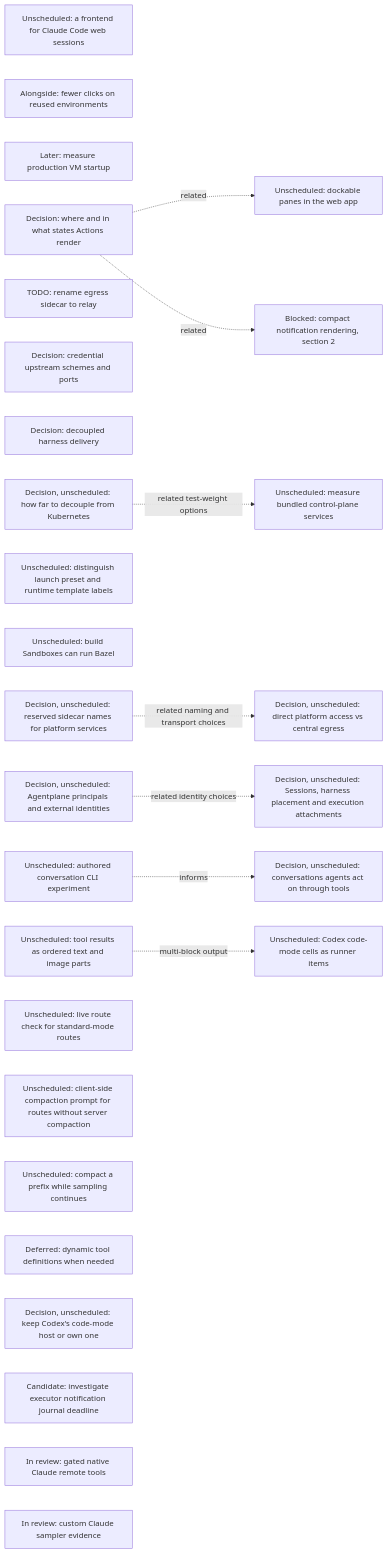
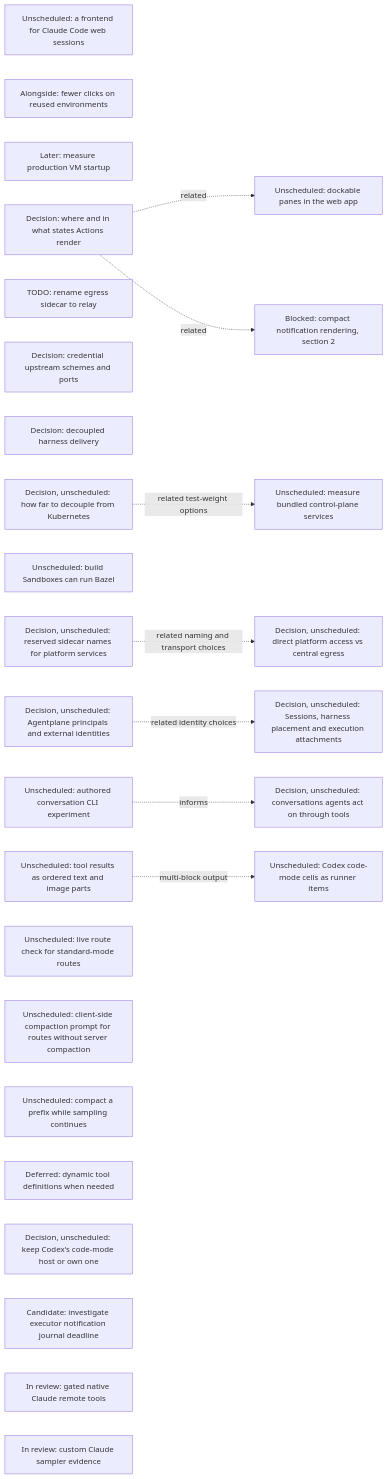
The eighth of 20 diagrams in agentplane/plans/task_dag.md (agentydragon/ducktape), drawn with Mermaid before and after one commit. The commit also changed other lines of this file and 7 other files, not shown here.

Commit message:
Clarify Sandbox preset and template labels

````diff
--- a/agentplane/plans/task_dag.md
+++ b/agentplane/plans/task_dag.md
@@ -1124,38 +1124,37 @@
 ```mermaid
 flowchart LR
     CLAUDE_CODE_WEB_BRIDGE[Unscheduled: a frontend for Claude Code web sessions]
     SESSION_LAUNCH_FRICTION[Alongside: fewer clicks on reused environments]
     VM_STARTUP_LATENCY[Later: measure production VM startup]
     ACTION_SURFACES_DESIGN[Decision: where and in what states Actions render]
     EGRESS_RELAY_RENAME[TODO: rename egress sidecar to relay]
     EGRESS_CREDENTIAL_TRANSPORT_DESIGN[Decision: credential upstream schemes and ports]
     RUNNER_HARNESS_DELIVERY_DESIGN[Decision: decoupled harness delivery]
     K3S_BUNDLED_SERVICES_SPIKE[Unscheduled: measure bundled control-plane services]
     KUBERNETES_DECOUPLING_DESIGN[Decision, unscheduled: how far to decouple from Kubernetes]
     KUBERNETES_DECOUPLING_DESIGN -. related test-weight options .-> K3S_BUNDLED_SERVICES_SPIKE
     DOCKABLE_PANES[Unscheduled: dockable panes in the web app]
     ACTION_SURFACES_DESIGN -. related .-> DOCKABLE_PANES
     NOTIFICATION_PRESENTATION[Blocked: compact notification rendering, section 2]
     ACTION_SURFACES_DESIGN -. related .-> NOTIFICATION_PRESENTATION
-    SANDBOX_FORM_TERMINOLOGY[Unscheduled: distinguish launch preset and runtime template labels]
     BUILD_BOX_BAZEL[Unscheduled: build Sandboxes can run Bazel]
     PLATFORM_SERVICE_NAMES_DESIGN[Decision, unscheduled: reserved sidecar names for platform services]
     PLATFORM_SERVICE_ROUTING_DESIGN[Decision, unscheduled: direct platform access vs central egress]
     PLATFORM_SERVICE_NAMES_DESIGN -. related naming and transport choices .-> PLATFORM_SERVICE_ROUTING_DESIGN
     SESSION_RUNTIME_MODEL_DESIGN[Decision, unscheduled: Sessions, harness placement and execution attachments]
     AGENT_PRINCIPAL_MODEL_DESIGN[Decision, unscheduled: Agentplane principals and external identities]
     AGENT_PRINCIPAL_MODEL_DESIGN -. related identity choices .-> SESSION_RUNTIME_MODEL_DESIGN
     AGENT_AUTHORED_CONVERSATIONS_DESIGN[Decision, unscheduled: conversations agents act on through tools]
     AGENT_AUTHORED_CONVERSATIONS_EXPERIMENT[Unscheduled: authored conversation CLI experiment]
     AGENT_AUTHORED_CONVERSATIONS_EXPERIMENT -. informs .-> AGENT_AUTHORED_CONVERSATIONS_DESIGN
     STRUCTURED_TOOL_OUTPUT[Unscheduled: tool results as ordered text and image parts]
     STRUCTURED_TOOL_OUTPUT -. multi-block output .-> CODEX_CODE_MODE_CELLS[Unscheduled: Codex code-mode cells as runner items]
     CENTRAL_SAMPLER_MODEL_CAPABILITIES[Unscheduled: live route check for standard-mode routes]
     CENTRAL_SAMPLER_PROMPT_COMPACTION[Unscheduled: client-side compaction prompt for routes without server compaction]
     CENTRAL_SAMPLER_BACKGROUND_COMPACTION[Unscheduled: compact a prefix while sampling continues]
     CENTRAL_SAMPLER_DYNAMIC_TOOLS[Deferred: dynamic tool definitions when needed]
     CODE_MODE_HOST_DESIGN[Decision, unscheduled: keep Codex's code-mode host or own one]
     SAMPLER_NOTIFICATION_JOURNAL[Candidate: investigate executor notification journal deadline]
     CLAUDE_REMOTE_EXECUTION_SPIKE[In review: gated native Claude remote tools]
     CLAUDE_CUSTOM_SAMPLER[In review: custom Claude sampler evidence]
 ```
````
